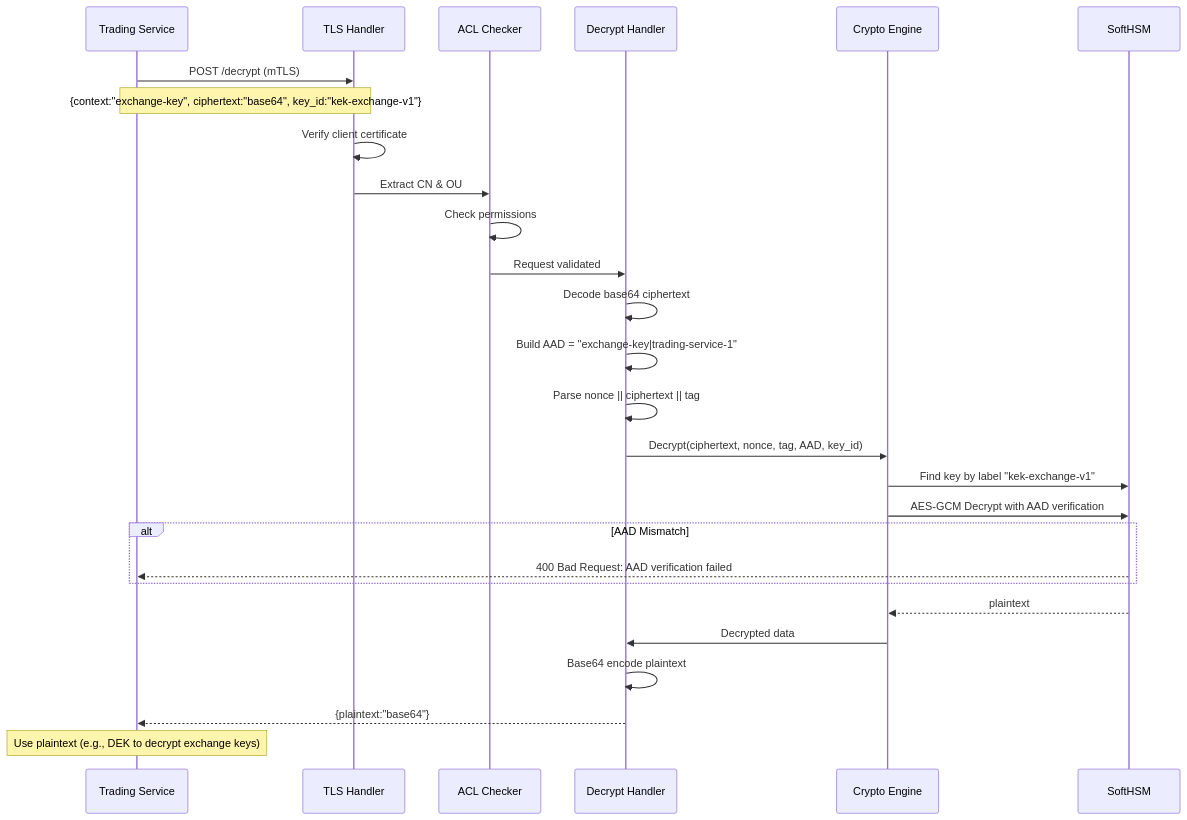
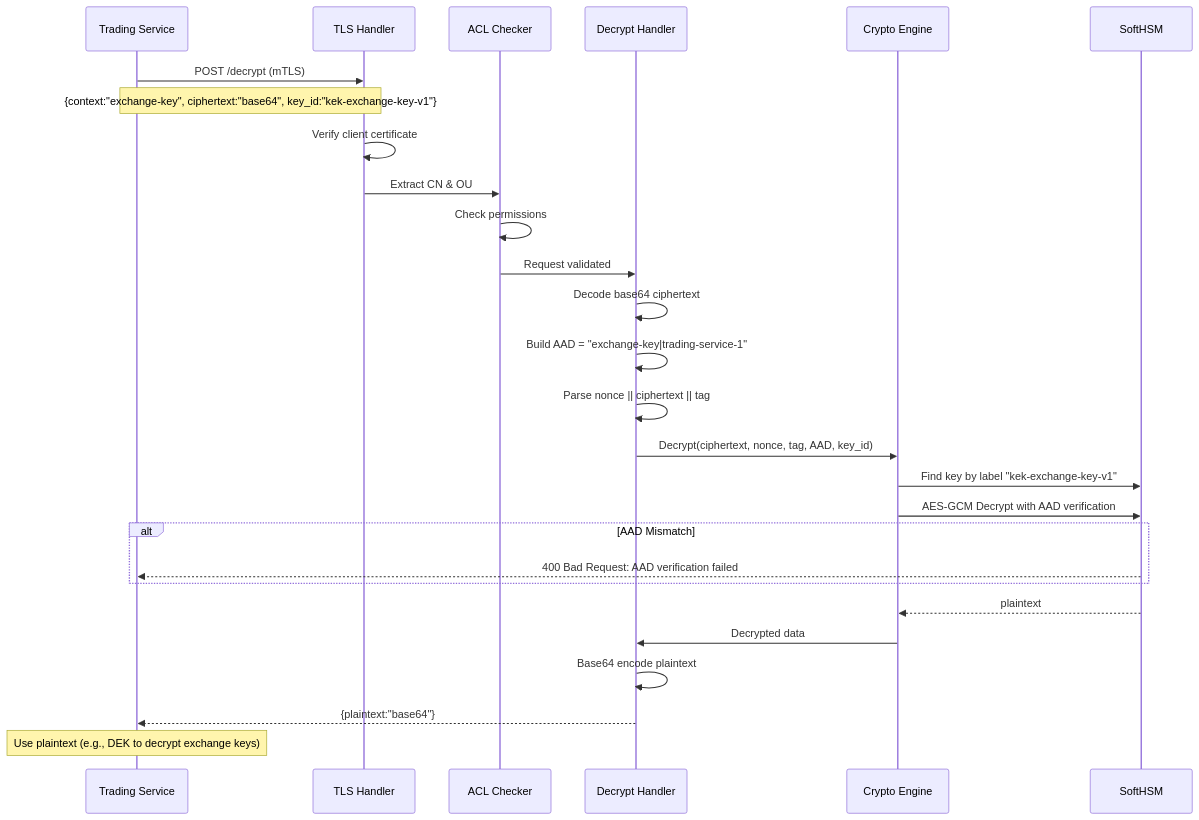
Before and after one commit to titaev-lv/hsm-service: the sixth of 8 diagrams in ARCHITECTURE.md, drawn with Mermaid. The commit also changed other lines of this file and 13 other files, not shown here.

Commit message:
Bugfix key label in docs

````diff
--- a/ARCHITECTURE.md
+++ b/ARCHITECTURE.md
@@ -951,36 +951,36 @@
 ```mermaid
 sequenceDiagram
     participant Client as Trading Service
     participant TLS as TLS Handler
     participant ACL as ACL Checker
     participant Handler as Decrypt Handler
     participant Crypto as Crypto Engine
     participant HSM as SoftHSM
 
     Client->>TLS: POST /decrypt (mTLS)
-    Note over Client,TLS: {context:"exchange-key", ciphertext:"base64", key_id:"kek-exchange-v1"}
+    Note over Client,TLS: {context:"exchange-key", ciphertext:"base64", key_id:"kek-exchange-key-v1"}
     
     TLS->>TLS: Verify client certificate
     TLS->>ACL: Extract CN & OU
     ACL->>ACL: Check permissions
     
     ACL->>Handler: Request validated
     Handler->>Handler: Decode base64 ciphertext
     Handler->>Handler: Build AAD = "exchange-key|trading-service-1"
     Handler->>Handler: Parse nonce || ciphertext || tag
     
     Handler->>Crypto: Decrypt(ciphertext, nonce, tag, AAD, key_id)
-    Crypto->>HSM: Find key by label "kek-exchange-v1"
+    Crypto->>HSM: Find key by label "kek-exchange-key-v1"
     Crypto->>HSM: AES-GCM Decrypt with AAD verification
     
     alt AAD Mismatch
         HSM-->>Client: 400 Bad Request: AAD verification failed
     end
     
     HSM-->>Crypto: plaintext
     Crypto->>Handler: Decrypted data
     Handler->>Handler: Base64 encode plaintext
     Handler-->>Client: {plaintext:"base64"}
     
     Note over Client: Use plaintext (e.g., DEK to decrypt exchange keys)
 ```
````
